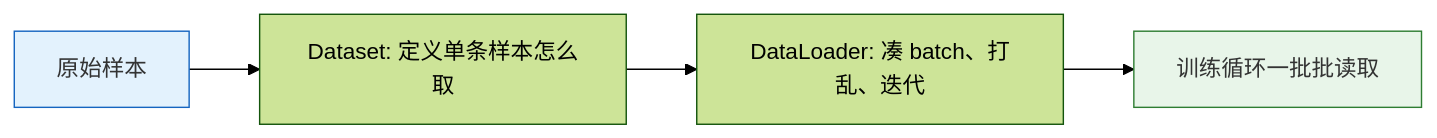
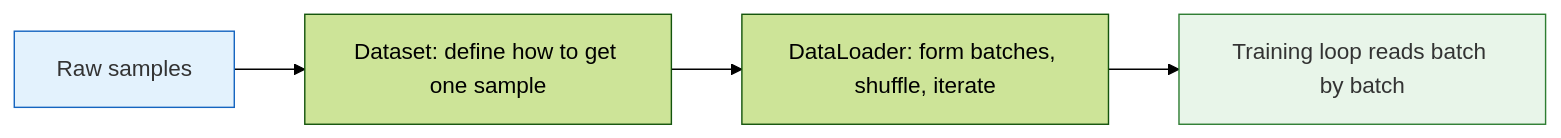
Before and after one commit to oudbiao/AI-fullstack-course: the diagram in docs/ch06-deep-learning/ch02-pytorch/04-data-loading.md, drawn with Mermaid (forest theme). The commit also changed other lines of this file and 1406 other files, not shown here.

````diff
--- a/docs/ch06-deep-learning/ch02-pytorch/04-data-loading.md
+++ b/docs/ch06-deep-learning/ch02-pytorch/04-data-loading.md
@@ -25,9 +25,9 @@
 ```mermaid
 flowchart LR
-    A["原始样本"] --> B["Dataset: 定义单条样本怎么取"]
-    B --> C["DataLoader: 凑 batch、打乱、迭代"]
-    C --> D["训练循环一批批读取"]
+    A["Raw samples"] --> B["Dataset: define how to get one sample"]
+    B --> C["DataLoader: form batches, shuffle, iterate"]
+    C --> D["Training loop reads batch by batch"]
 
     style A fill:#e3f2fd,stroke:#1565c0,color:#333
     style D fill:#e8f5e9,stroke:#2e7d32,color:#333
 ```
````
